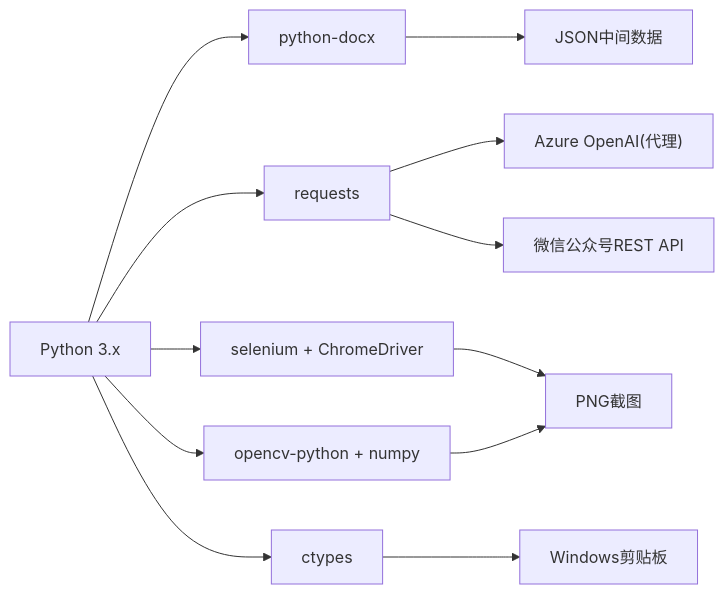
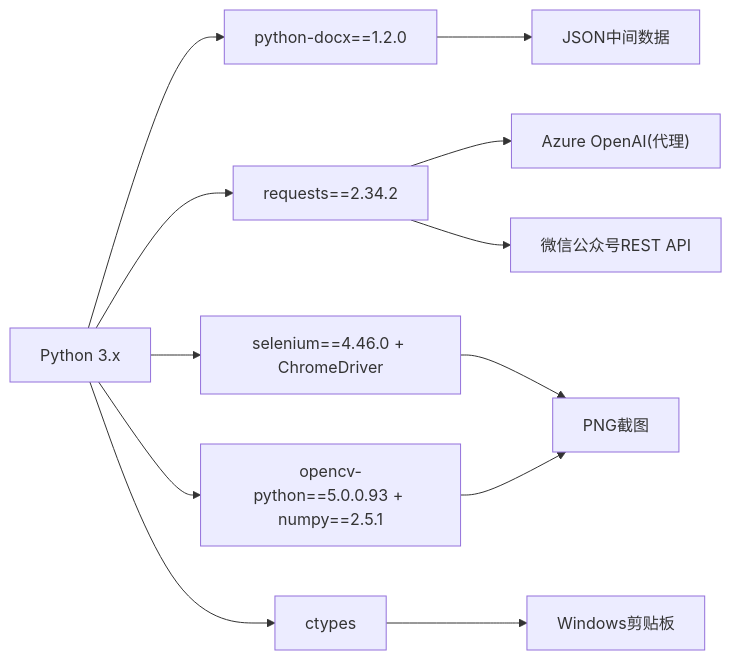
Before and after one commit to lvdonkeylv-design/content_board: the tenth of 10 diagrams in .qoder/repowiki/zh/content/项目概述/技术栈概览.md, drawn with Mermaid. The commit also changed other lines of this file and 8 other files, not shown here.

````diff
--- a/.qoder/repowiki/zh/content/项目概述/技术栈概览.md
+++ b/.qoder/repowiki/zh/content/项目概述/技术栈概览.md
@@ -407,14 +461,14 @@
 ```mermaid
 graph LR
-Py["Python 3.x"] --> Docx["python-docx"]
-Py --> Req["requests"]
-Py --> Sel["selenium + ChromeDriver"]
-Py --> CV["opencv-python + numpy"]
+Py["Python 3.x"] --> Docx["python-docx==1.2.0"]
+Py --> Req["requests==2.34.2"]
+Py --> Sel["selenium==4.46.0 + ChromeDriver"]
+Py --> CV["opencv-python==5.0.0.93 + numpy==2.5.1"]
 Py --> CT["ctypes"]
 Req --> AO["Azure OpenAI(代理)"]
 Req --> WX["微信公众号REST API"]
 Docx --> JSON["JSON中间数据"]
 Sel --> IMG["PNG截图"]
 CV --> IMG
 CT --> CB["Windows剪贴板"]
 ```
````
